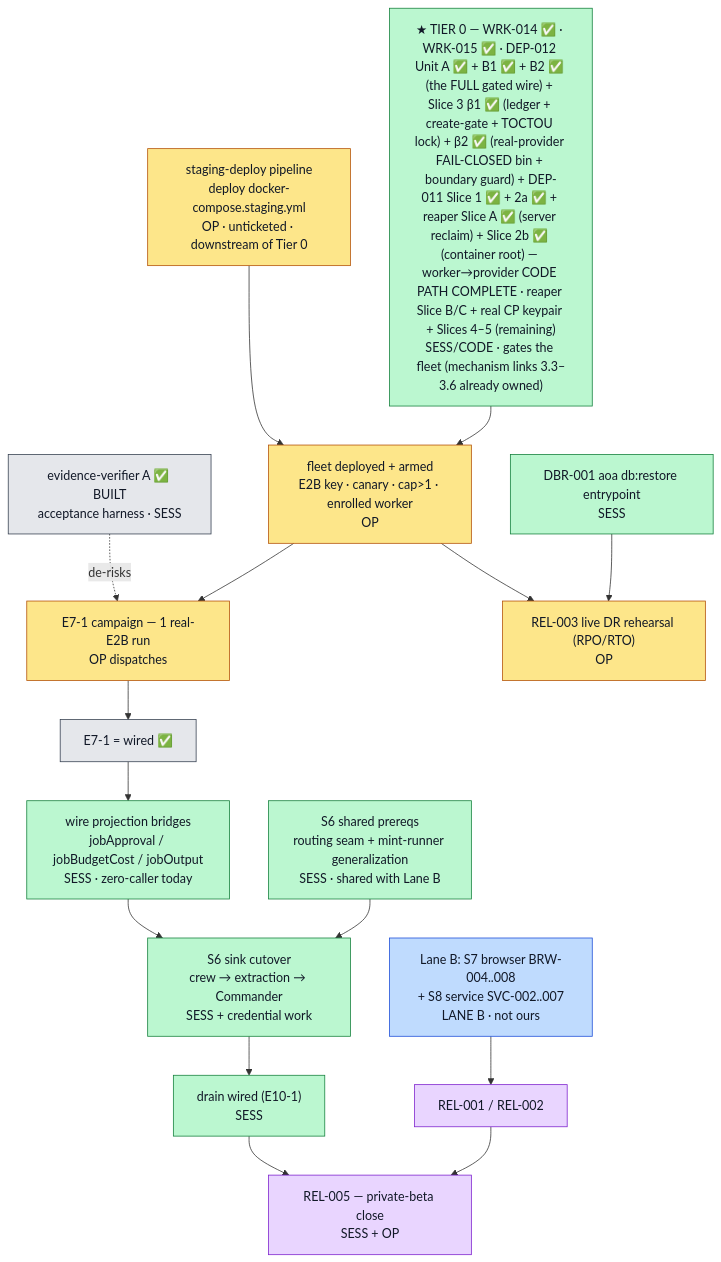
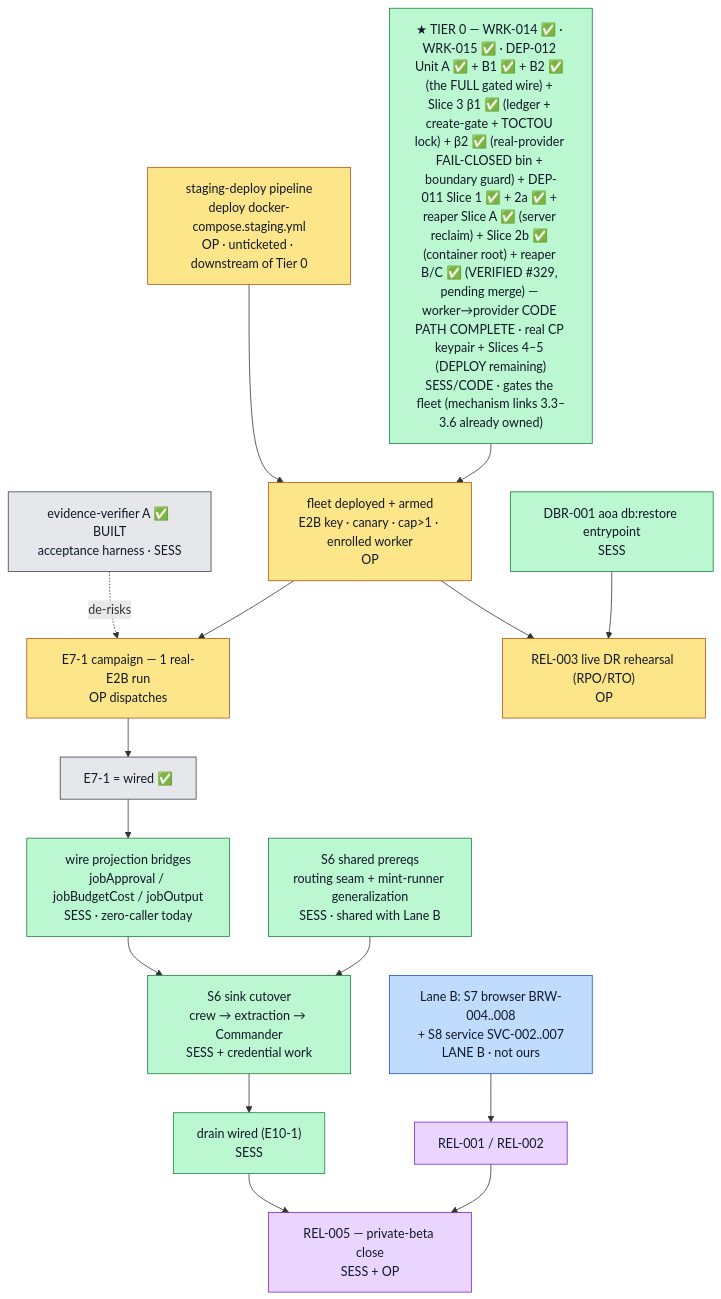
One commit to MeteoriteLabs/AoA changed the diagram in docs/replatform/GO-BOOK.md. Above: the diagram before and after it, drawn with Mermaid. The commit also changed other lines of this file, not shown here.

First line of the commit message:
docs(GO-BOOK): DEP-011 reaper Slices B1+B2+C VERIFIED CI-GREEN (PR #329, pending merge)

````diff
--- a/docs/replatform/GO-BOOK.md
+++ b/docs/replatform/GO-BOOK.md
@@ -257,34 +264,34 @@
 ```mermaid
 flowchart TD
   V["evidence-verifier A ✅ BUILT<br/>acceptance harness · SESS"]:::done
   C0["staging-deploy pipeline<br/>deploy docker-compose.staging.yml<br/>OP · unticketed · downstream of Tier 0"]:::op
-  D11["★ TIER 0 — WRK-014 ✅ · WRK-015 ✅ · DEP-012 Unit A ✅ + B1 ✅ + B2 ✅ (the FULL gated wire) + Slice 3 β1 ✅ (ledger + create-gate + TOCTOU lock) + β2 ✅ (real-provider FAIL-CLOSED bin + boundary guard) + DEP-011 Slice 1 ✅ + 2a ✅ + reaper Slice A ✅ (server reclaim) + Slice 2b ✅ (container root) — worker→provider CODE PATH COMPLETE · reaper Slice B/C + real CP keypair + Slices 4–5 (remaining)<br/>SESS/CODE · gates the fleet (mechanism links 3.3–3.6 already owned)"]:::sess
+  D11["★ TIER 0 — WRK-014 ✅ · WRK-015 ✅ · DEP-012 Unit A ✅ + B1 ✅ + B2 ✅ (the FULL gated wire) + Slice 3 β1 ✅ (ledger + create-gate + TOCTOU lock) + β2 ✅ (real-provider FAIL-CLOSED bin + boundary guard) + DEP-011 Slice 1 ✅ + 2a ✅ + reaper Slice A ✅ (server reclaim) + Slice 2b ✅ (container root) + reaper B/C ✅ (VERIFIED #329, pending merge) — worker→provider CODE PATH COMPLETE · real CP keypair + Slices 4–5 (DEPLOY remaining)<br/>SESS/CODE · gates the fleet (mechanism links 3.3–3.6 already owned)"]:::sess
   C2["fleet deployed + armed<br/>E2B key · canary · cap&gt;1 · enrolled worker<br/>OP"]:::op
   C3["E7-1 campaign — 1 real-E2B run<br/>OP dispatches"]:::op
   CW["E7-1 = wired ✅"]:::done
   BR["wire projection bridges<br/>jobApproval / jobBudgetCost / jobOutput<br/>SESS · zero-caller today"]:::sess
   RT["S6 shared prereqs<br/>routing seam + mint-runner generalization<br/>SESS · shared with Lane B"]:::sess
   SK["S6 sink cutover<br/>crew → extraction → Commander<br/>SESS + credential work"]:::sess
   DR["drain wired (E10-1)<br/>SESS"]:::sess
   R5["REL-005 — private-beta close<br/>SESS + OP"]:::mix
   LB["Lane B: S7 browser BRW-004..008<br/>+ S8 service SVC-002..007<br/>LANE B · not ours"]:::laneb
   R1["REL-001 / REL-002"]:::mix
   DBR["DBR-001 aoa db:restore entrypoint<br/>SESS"]:::sess
   R3["REL-003 live DR rehearsal (RPO/RTO)<br/>OP"]:::op
 
   V -.->|de-risks| C3
   C0 --> C2
   D11 --> C2
   C2 --> C3 --> CW --> BR --> SK
   RT --> SK
   SK --> DR --> R5
   LB --> R1 --> R5
   DBR --> R3
   C2 --> R3
 
   classDef op fill:#fde68a,stroke:#b45309,color:#111827;
   classDef sess fill:#bbf7d0,stroke:#15803d,color:#111827;
   classDef laneb fill:#bfdbfe,stroke:#1d4ed8,color:#111827;
   classDef done fill:#e5e7eb,stroke:#374151,color:#111827;
   classDef mix fill:#e9d5ff,stroke:#7e22ce,color:#111827;
 ```
````
